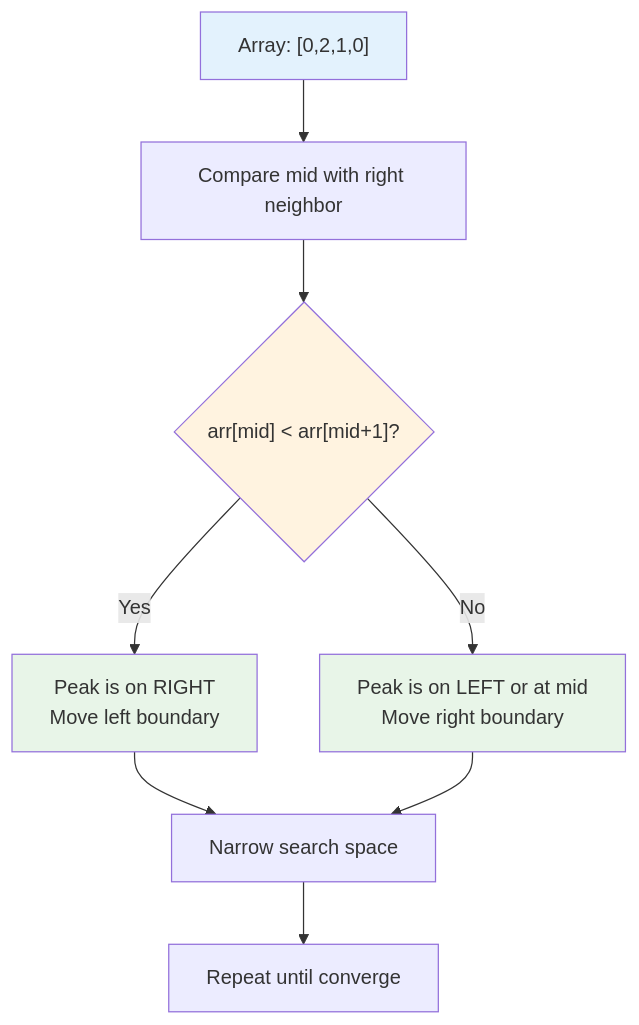
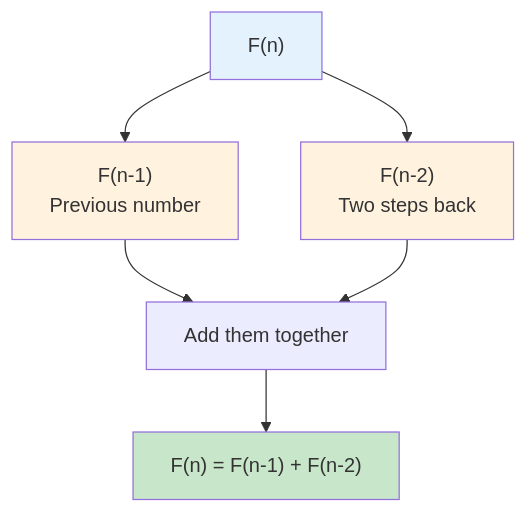
One commit to LuckyLongre123/README_RUNNER changed the second of 10 diagrams in README.md. Above: the diagram before and after it, drawn with Mermaid. The commit also changed other lines of this file, not shown here.

````diff
--- a/README.md
+++ b/README.md
@@ -65,15 +69,13 @@
 ```mermaid
 flowchart TD
-    A["Array: [0,2,1,0]"] --> B["Compare mid with right neighbor"]
-    B --> C{"arr[mid] < arr[mid+1]?"}
-    C -->|"Yes"| D["Peak is on RIGHT<br/>Move left boundary"]
-    C -->|"No"| E["Peak is on LEFT or at mid<br/>Move right boundary"]
-    D --> F["Narrow search space"]
-    E --> F
-    F --> G["Repeat until converge"]
+    A["F(n)"] --> B["F(n-1)<br/>Previous number"]
+    A --> C["F(n-2)<br/>Two steps back"]
+    B --> D["Add them together"]
+    C --> D
+    D --> E["F(n) = F(n-1) + F(n-2)"]
     
     style A fill:#e3f2fd
+    style B fill:#fff3e0
     style C fill:#fff3e0
-    style D fill:#e8f5e8
-    style E fill:#e8f5e8
+    style E fill:#c8e6c9
 ```
````
